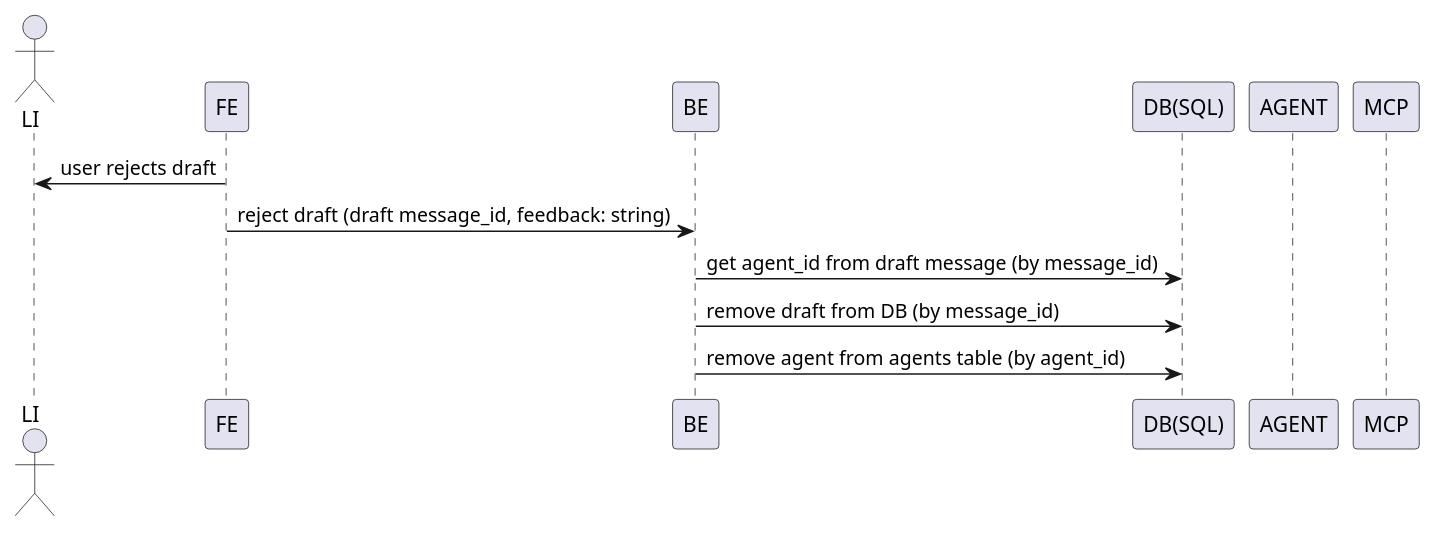
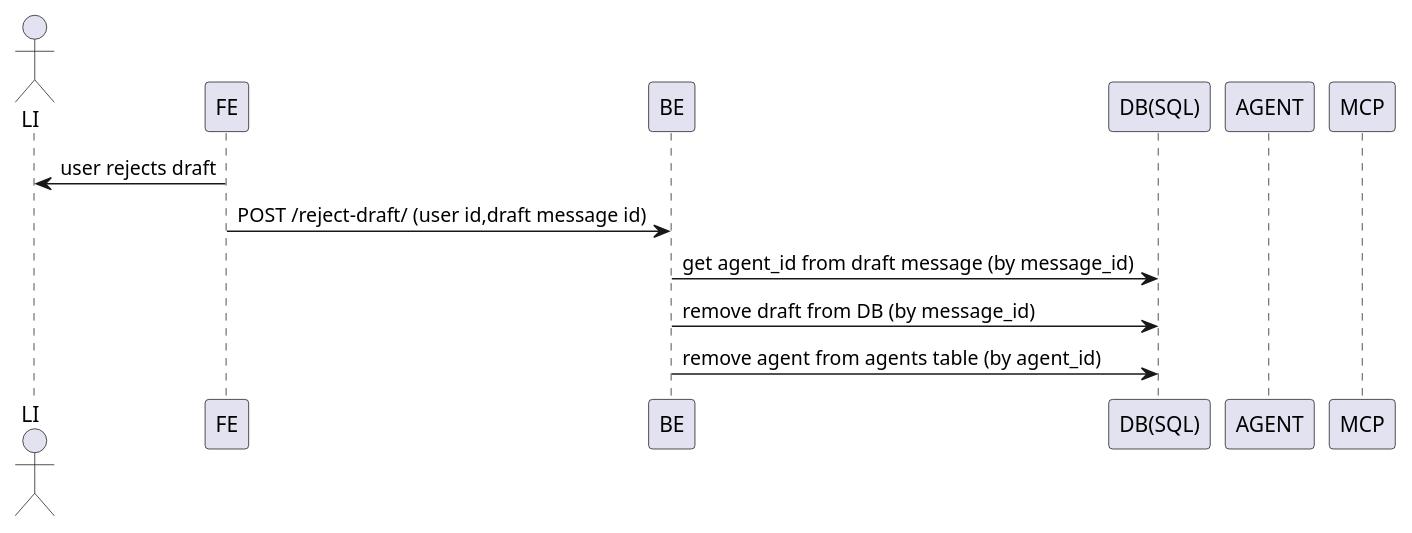
The diagram in UML_diagrams/reject_draft_sequence_diagram.puml (Itempass/mcphackathon-linkedin-intern), drawn with PlantUML before and after one commit. The commit also changed 4 other files, not shown here.

First line of the commit message:
updated diagrams with actual endpoint names

```diff
--- a/UML_diagrams/reject_draft_sequence_diagram.puml
+++ b/UML_diagrams/reject_draft_sequence_diagram.puml
@@ -1,14 +1,14 @@
 @startuml
 actor LI
 participant FE
 participant BE
 participant DB as "DB(SQL)"
 participant AGENT
 participant MCP
 
 LI <- FE: user rejects draft
-FE -> BE: reject draft (draft message_id, feedback: string)
+FE -> BE: POST /reject-draft/ (user id,draft message id)
 BE -> DB: get agent_id from draft message (by message_id)
 BE -> DB: remove draft from DB (by message_id)
 BE -> DB: remove agent from agents table (by agent_id)
 @enduml
```
